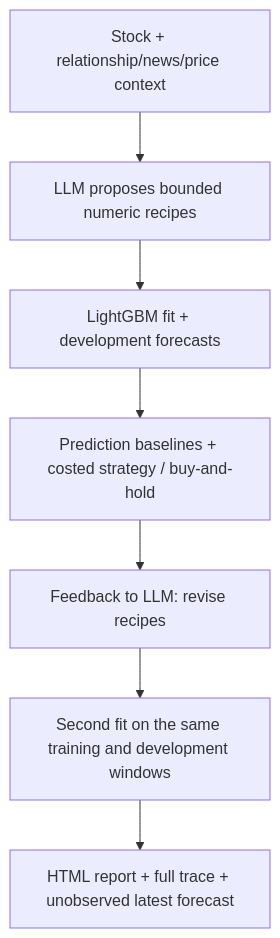
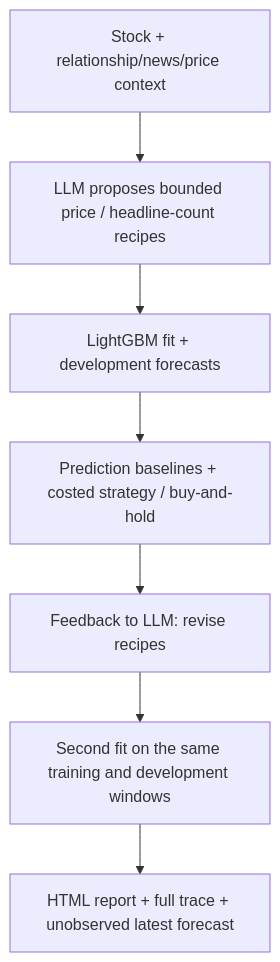
Before and after one commit to chickeyton/Quant_RSI: the second of 2 diagrams in README.md, drawn with Mermaid. The commit also changed other lines of this file and 14 other files, not shown here.

Commit message:
Connect retained news factors to the stock research study

````diff
--- a/README.md
+++ b/README.md
@@ -78,9 +79,9 @@
 ```mermaid
 flowchart TD
-    A["Stock + relationship/news/price context"] --> B["LLM proposes bounded numeric recipes"]
+    A["Stock + relationship/news/price context"] --> B["LLM proposes bounded price / headline-count recipes"]
     B --> C["LightGBM fit + development forecasts"]
     C --> D["Prediction baselines + costed strategy / buy-and-hold"]
     D --> E["Feedback to LLM: revise recipes"]
     E --> F["Second fit on the same training and development windows"]
     F --> G["HTML report + full trace + unobserved latest forecast"]
 ```
````
